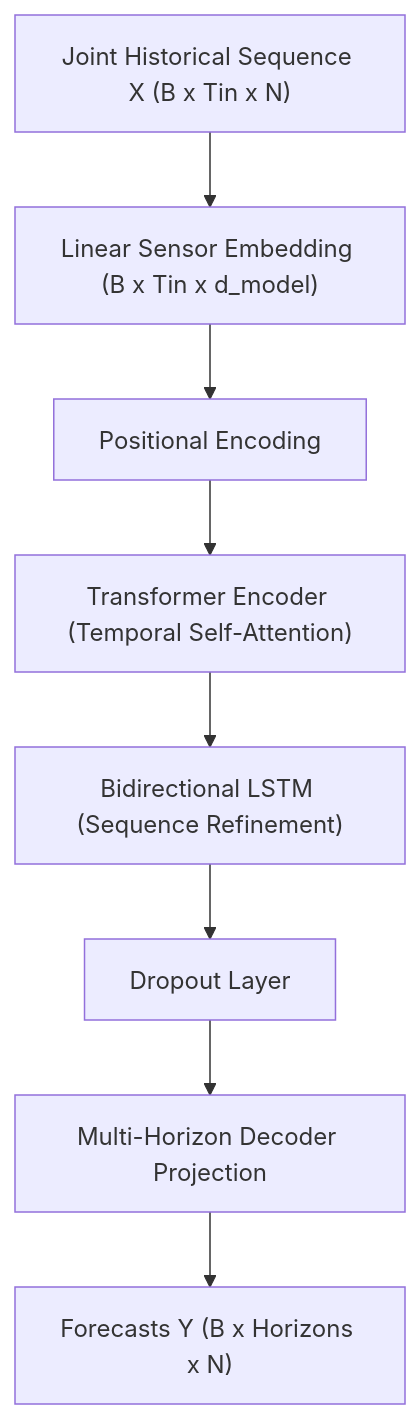
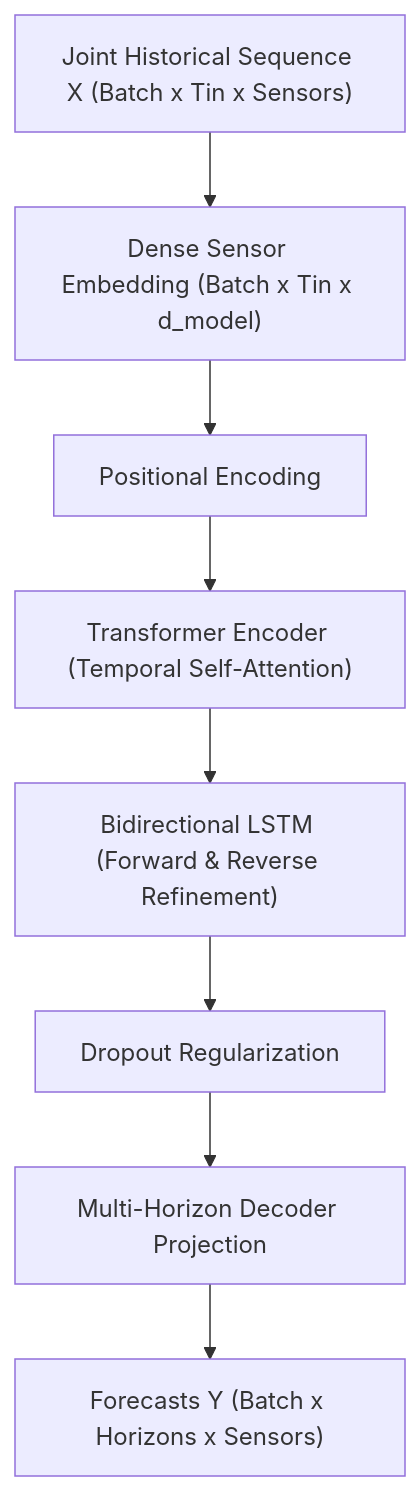
Before and after one commit to Shubhamagrahari9191/TraffiCast-AI--Global-Traffic-Travel-Advisor: the diagram in README.md, drawn with Mermaid. The commit also changed other lines of this file and 1 other file, not shown here.

````diff
--- a/README.md
+++ b/README.md
@@ -17,10 +38,10 @@
 ```mermaid
 graph TD
-    Input["Joint Historical Sequence X (B x Tin x N)"] --> LinearEmbed["Linear Sensor Embedding (B x Tin x d_model)"]
+    Input["Joint Historical Sequence X (Batch x Tin x Sensors)"] --> LinearEmbed["Dense Sensor Embedding (Batch x Tin x d_model)"]
     LinearEmbed --> PosEncoding["Positional Encoding"]
     PosEncoding --> TransEncoder["Transformer Encoder (Temporal Self-Attention)"]
-    TransEncoder --> BiLSTM["Bidirectional LSTM (Sequence Refinement)"]
-    BiLSTM --> Dropout["Dropout Layer"]
+    TransEncoder --> BiLSTM["Bidirectional LSTM (Forward & Reverse Refinement)"]
+    BiLSTM --> Dropout["Dropout Regularization"]
     Dropout --> FC["Multi-Horizon Decoder Projection"]
-    FC --> Output["Forecasts Y (B x Horizons x N)"]
+    FC --> Output["Forecasts Y (Batch x Horizons x Sensors)"]
 ```
````
